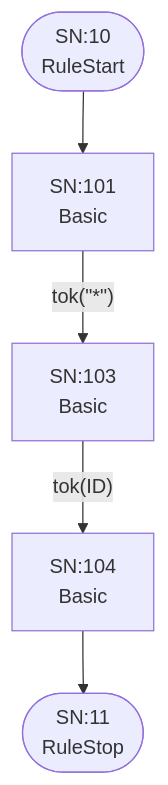
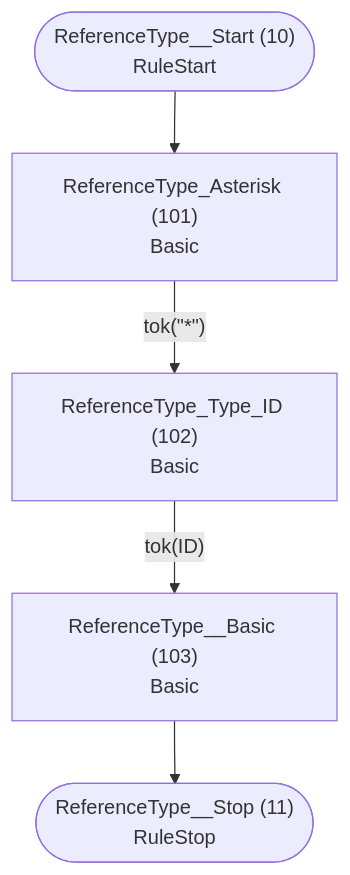
One commit to TypeFox/fastbelt changed the sixth of 25 diagrams in internal/grammar/atn.md. Above: the diagram before and after it, drawn with Mermaid. The commit also changed other lines of this file and 26 other files, not shown here.

````diff
--- a/internal/grammar/atn.md
+++ b/internal/grammar/atn.md
@@ -167,13 +167,13 @@
 ```mermaid
 flowchart TD
-    q10(["SN:10<br/>RuleStart"])
-    q11(["SN:11<br/>RuleStop"])
-    q101["SN:101<br/>Basic<br/>"]
-    q102["SN:103<br/>Basic<br/>"]
-    q103["SN:104<br/>Basic<br/>"]
+    q10(["ReferenceType__Start (10)<br/>RuleStart"])
+    q11(["ReferenceType__Stop (11)<br/>RuleStop"])
+    q101["ReferenceType_Asterisk (101)<br/>Basic<br/>"]
+    q102["ReferenceType_Type_ID (102)<br/>Basic<br/>"]
+    q103["ReferenceType__Basic (103)<br/>Basic<br/>"]
 
     q10 --> q101
     q101 -->|"tok(&quot;*&quot;)"| q102
     q102 -->|"tok(ID)"| q103
     q103 --> q11
 ```
````
